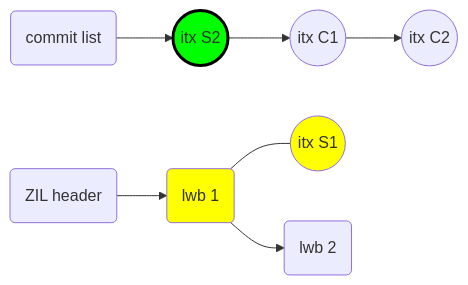
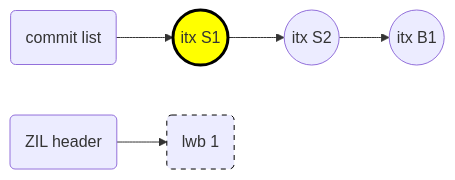
Before and after one commit to prakashsurya/prakashsurya.github.io: diagram 11 of 44 in content/post/2017-10-24-zil-performance-how-i-doubled-sync-write-speed.md, drawn with Mermaid. The commit also changed other lines of this file, not shown here.

```diff
--- a/content/post/2017-10-24-zil-performance-how-i-doubled-sync-write-speed.md
+++ b/content/post/2017-10-24-zil-performance-how-i-doubled-sync-write-speed.md
@@ -462,15 +763,12 @@
 <div class="mermaid">
 graph LR
-  CLIST(commit list) --> SLIST-2((itx S2))
-  SLIST-2            --> OBJ-C-1((itx C1))
-  OBJ-C-1            --> OBJ-C-2((itx C2))
+  CLIST(commit list) --> SLIST-1((itx S1))
+  SLIST-1            --> SLIST-2((itx S2))
+  SLIST-2            --> OBJ-B-1((itx B1))
 
   HEADER(ZIL header) --> LWB-1(lwb 1)
-  LWB-1              --- SLIST-1((itx S1))
-  LWB-1              --> LWB-2(lwb 2)
-  LWB-2
 
-  style SLIST-1 fill:#ffff00
-  style SLIST-2 fill:#00ff00,stroke:#000000,stroke-width:3px
-  style LWB-1   fill:#ffff00
+  style SLIST-1 fill:#ffff00, stroke:#000000, stroke-width:3px
+
+  style LWB-1 stroke:#000000, stroke-dasharray:5, 5
 </div>
```
